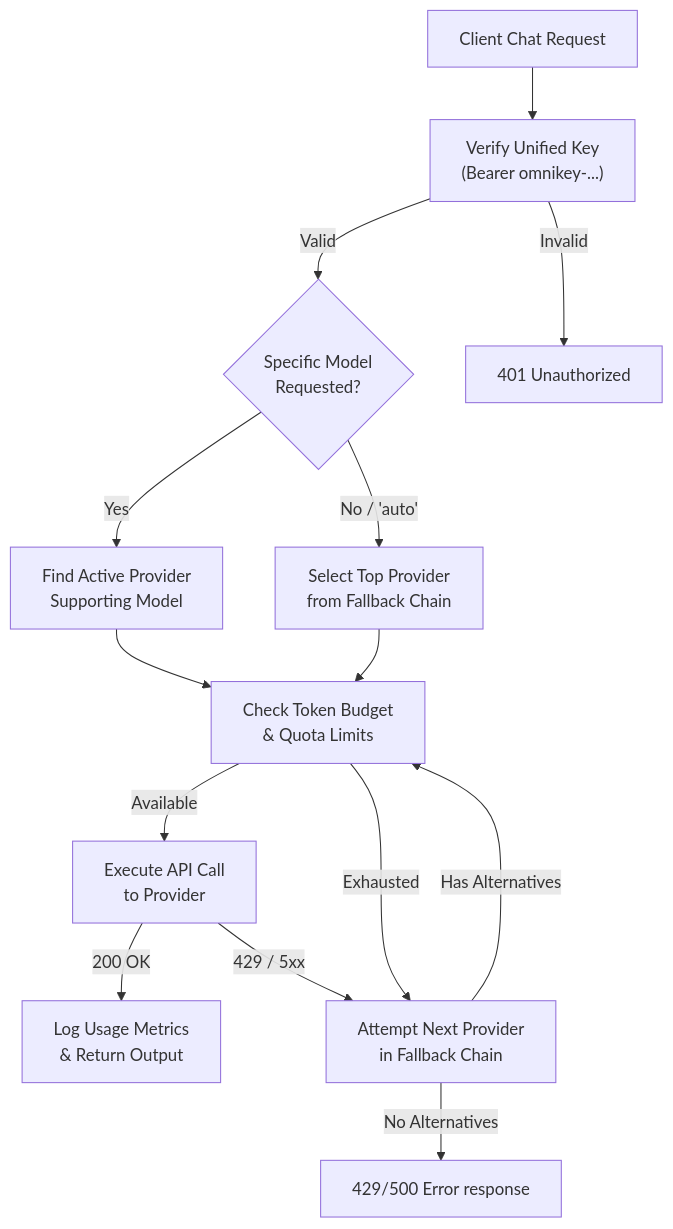
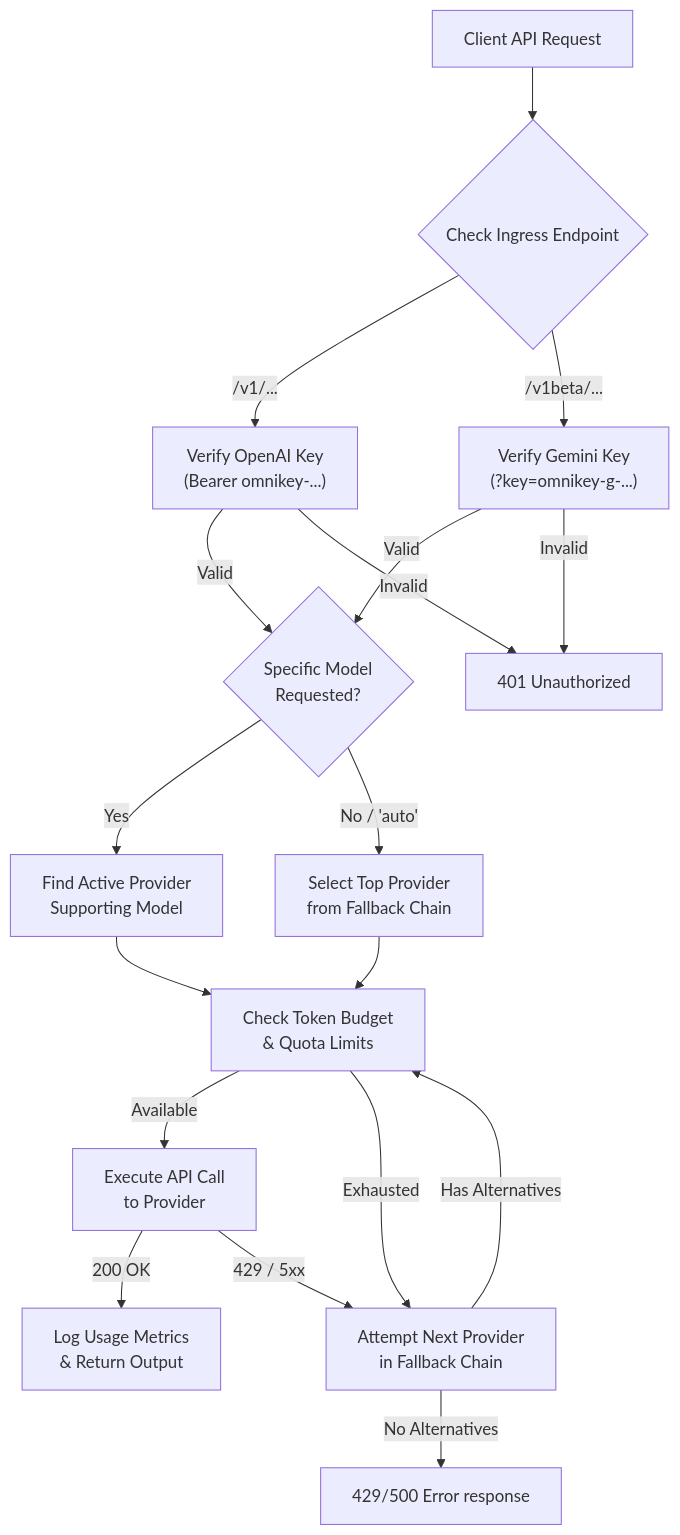
Before and after one commit to Felix-au/OmniKey-AI-Unified-Key-Manager: the second of 2 diagrams in README.md, drawn with Mermaid. The commit also changed other lines of this file and 3 other files, not shown here.

Commit message:
docs: sync guide, readme, omnikey, and apidoc with recent Gemini compatible proxy and dashboard updates

````diff
--- a/README.md
+++ b/README.md
@@ -166,16 +180,20 @@
 ```mermaid
 flowchart TD
-    A["Client Chat Request"] --> B["Verify Unified Key\n(Bearer omnikey-...)"]
-    B -->|Valid| C{"Specific Model\nRequested?"}
-    B -->|Invalid| Err["401 Unauthorized"]
-    C -->|Yes| D["Find Active Provider\nSupporting Model"]
-    C -->|No / 'auto'| E["Select Top Provider\nfrom Fallback Chain"]
-    D --> F["Check Token Budget\n& Quota Limits"]
-    E --> F
-    F -->|Available| G["Execute API Call\nto Provider"]
-    F -->|Exhausted| H["Attempt Next Provider\nin Fallback Chain"]
-    G -->|200 OK| I["Log Usage Metrics\n& Return Output"]
-    G -->|429 / 5xx| H
-    H -->|Has Alternatives| F
-    H -->|No Alternatives| J["429/500 Error response"]
+    A["Client API Request"] --> B{"Check Ingress Endpoint"}
+    B -->|/v1/...| C1["Verify OpenAI Key\n(Bearer omnikey-...)"]
+    B -->|/v1beta/...| C2["Verify Gemini Key\n(?key=omnikey-g-...)"]
+    C1 -->|Valid| D{"Specific Model\nRequested?"}
+    C2 -->|Valid| D
+    C1 -->|Invalid| Err["401 Unauthorized"]
+    C2 -->|Invalid| Err
+    D -->|Yes| E["Find Active Provider\nSupporting Model"]
+    D -->|No / 'auto'| F["Select Top Provider\nfrom Fallback Chain"]
+    E --> G["Check Token Budget\n& Quota Limits"]
+    F --> G
+    G -->|Available| H["Execute API Call\nto Provider"]
+    G -->|Exhausted| I["Attempt Next Provider\nin Fallback Chain"]
+    H -->|200 OK| J["Log Usage Metrics\n& Return Output"]
+    H -->|429 / 5xx| I
+    I -->|Has Alternatives| G
+    I -->|No Alternatives| K["429/500 Error response"]
 ```
````
